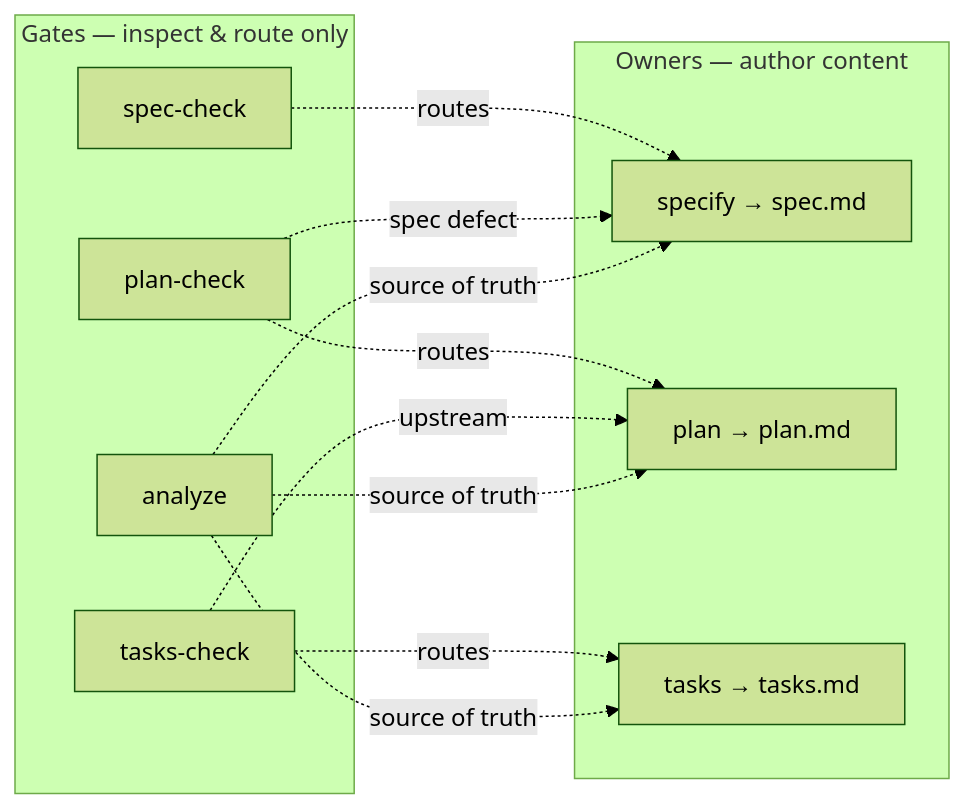
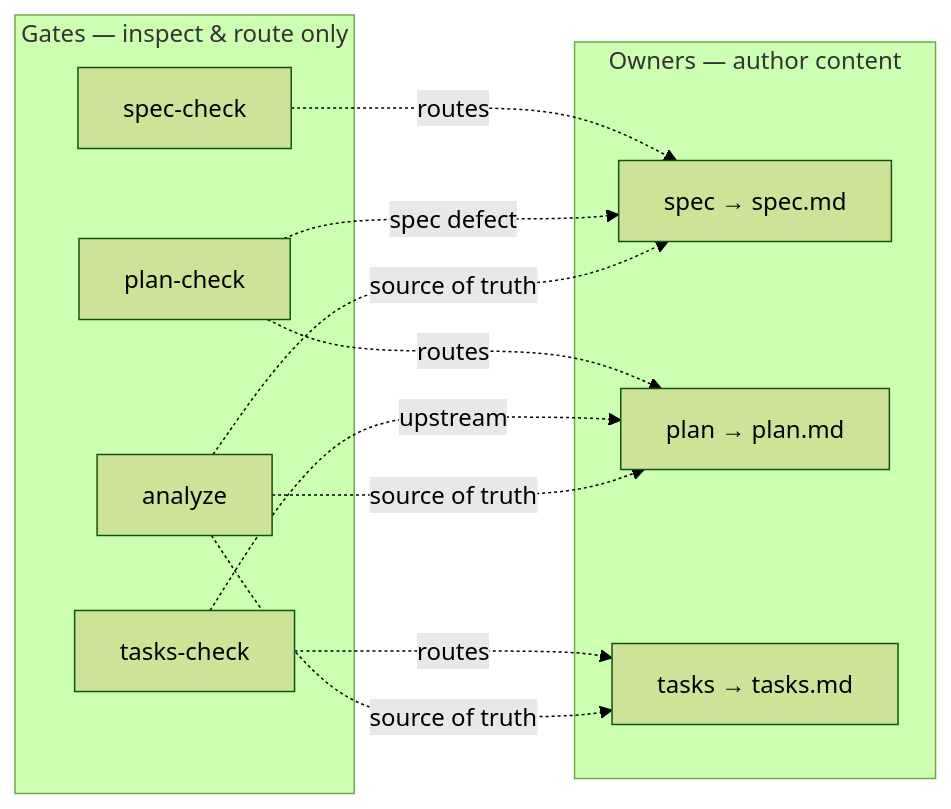
Before and after one commit to bulbigood/OrderSpec: the third of 3 diagrams in README.md, drawn with Mermaid (forest theme). The commit also changed other lines of this file and 66 other files, not shown here.

````diff
--- a/README.md
+++ b/README.md
@@ -306,22 +306,22 @@
 ```mermaid
 graph LR
     subgraph Owners["Owners — author content"]
-        S["specify → spec.md"]
+        S["spec → spec.md"]
         P["plan → plan.md"]
         T["tasks → tasks.md"]
     end
     subgraph Gates["Gates — inspect & route only"]
         SC[spec-check]
         PC[plan-check]
         TC[tasks-check]
         AN[analyze]
     end
     SC -.routes.-> S
     PC -.routes.-> P
     PC -.spec defect.-> S
     TC -.routes.-> T
     TC -.upstream.-> P
     AN -.source of truth.-> S
     AN -.source of truth.-> P
     AN -.source of truth.-> T
 ```
````
